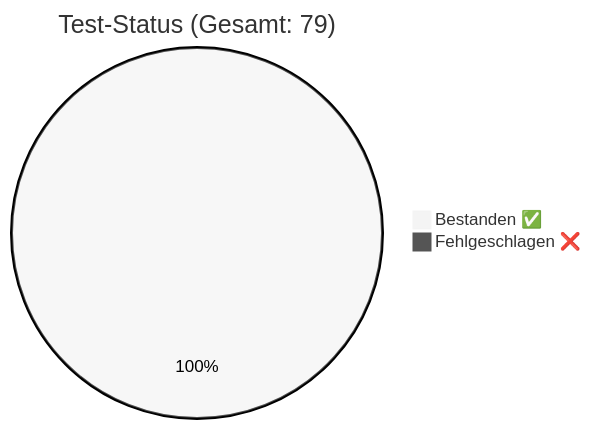
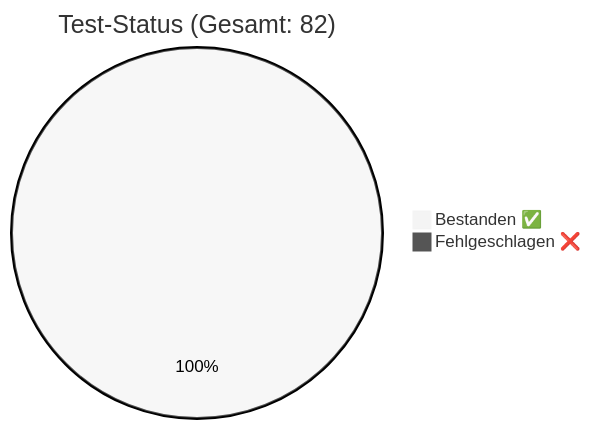
One commit to rorila/GCS changed the diagram in docs/QA_Report.md. Above: the diagram before and after it, drawn with Mermaid (neutral theme). The commit also changed other lines of this file and 12 other files, not shown here.

````diff
--- a/docs/QA_Report.md
+++ b/docs/QA_Report.md
@@ -7,5 +7,5 @@
 ```mermaid
-pie title Test-Status (Gesamt: 79)
-    "Bestanden ✅" : 79
+pie title Test-Status (Gesamt: 82)
+    "Bestanden ✅" : 82
     "Fehlgeschlagen ❌" : 0
 ```
````
